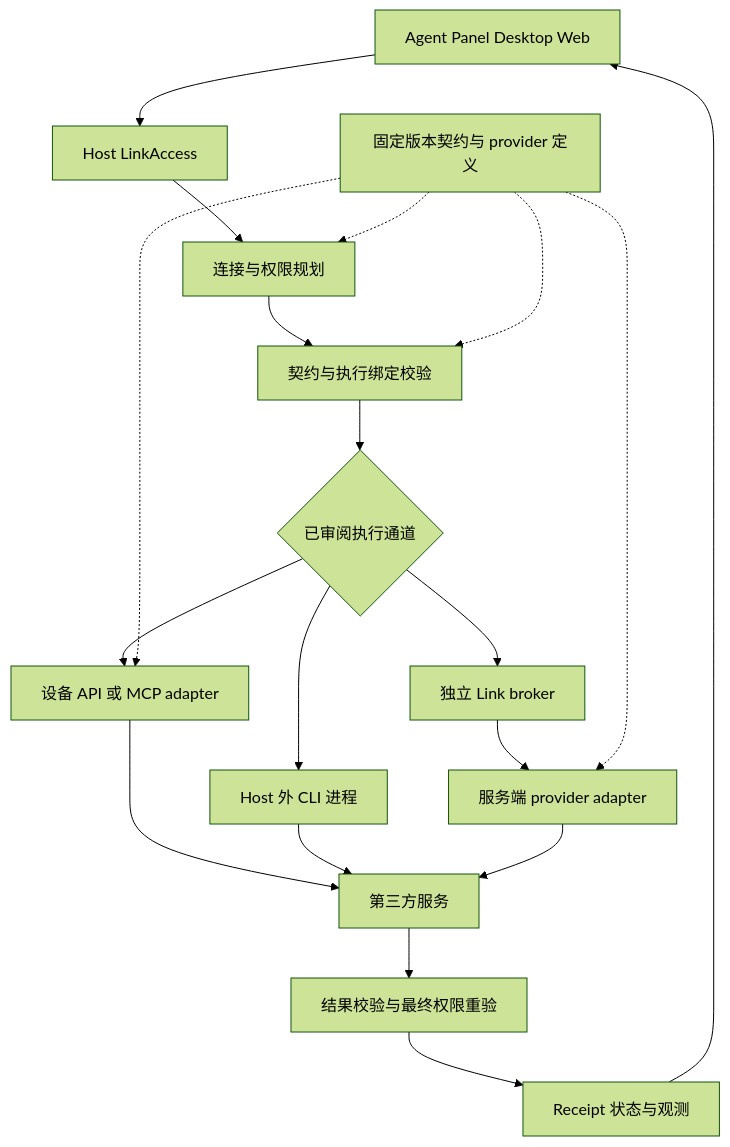
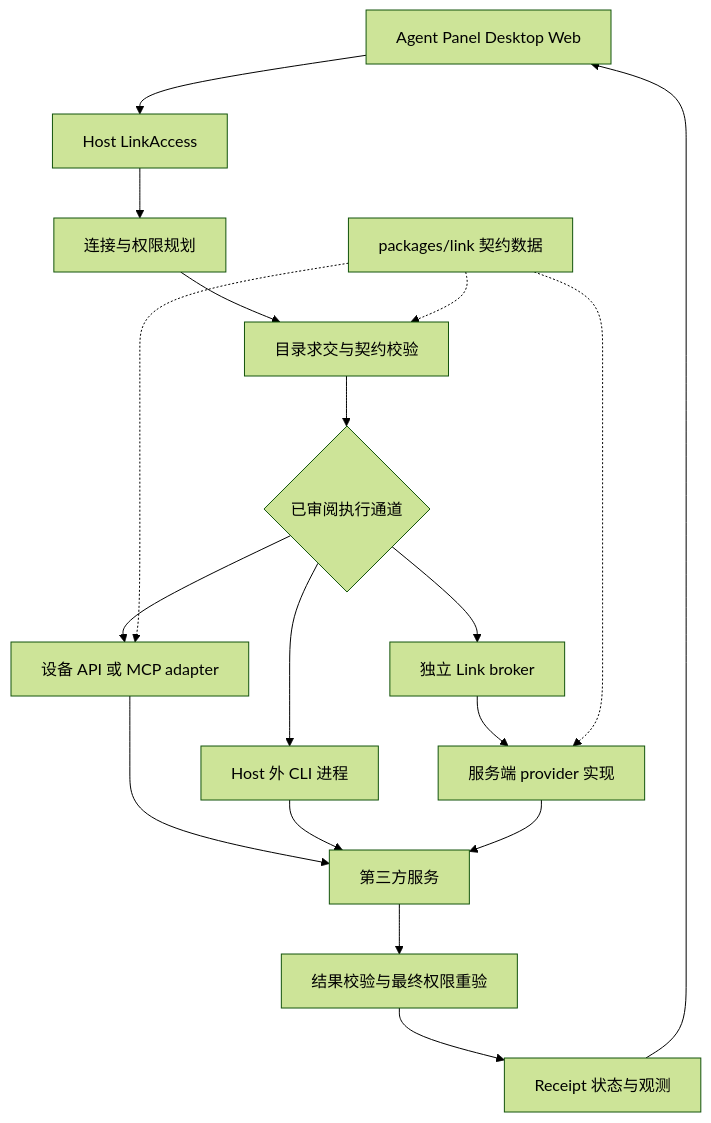
The diagram in docs/todo/link-connector-refactor-plan-2026-10-16.md (cjhyy/codeshell), drawn with Mermaid (forest theme) before and after one commit. The commit also changed other lines of this file, not shown here.

Commit message:
docs(link): preserve revised operation refactor plan

````diff
--- a/docs/todo/link-connector-refactor-plan-2026-10-16.md
+++ b/docs/todo/link-connector-refactor-plan-2026-10-16.md
@@ -138,21 +154,20 @@
 ```mermaid
 flowchart TB
   A[Agent Panel Desktop Web] --> B[Host LinkAccess]
   B --> C[连接与权限规划]
-  C --> D[契约与执行绑定校验]
+  C --> D[目录求交与契约校验]
   D --> E{已审阅执行通道}
   E --> F[设备 API 或 MCP adapter]
   E --> G[Host 外 CLI 进程]
   E --> H[独立 Link broker]
-  H --> I[服务端 provider adapter]
+  H --> I[服务端 provider 实现]
   F --> J[第三方服务]
   G --> J
   I --> J
-  K[固定版本契约与 provider 定义] -.-> C
-  K -.-> D
+  K[packages/link 契约数据] -.-> D
   K -.-> F
   K -.-> I
   J --> L[结果校验与最终权限重验]
   L --> M[Receipt 状态与观测]
   M --> A
 ```
````
